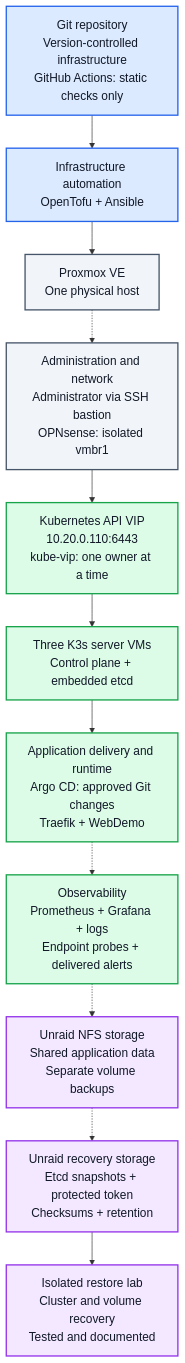
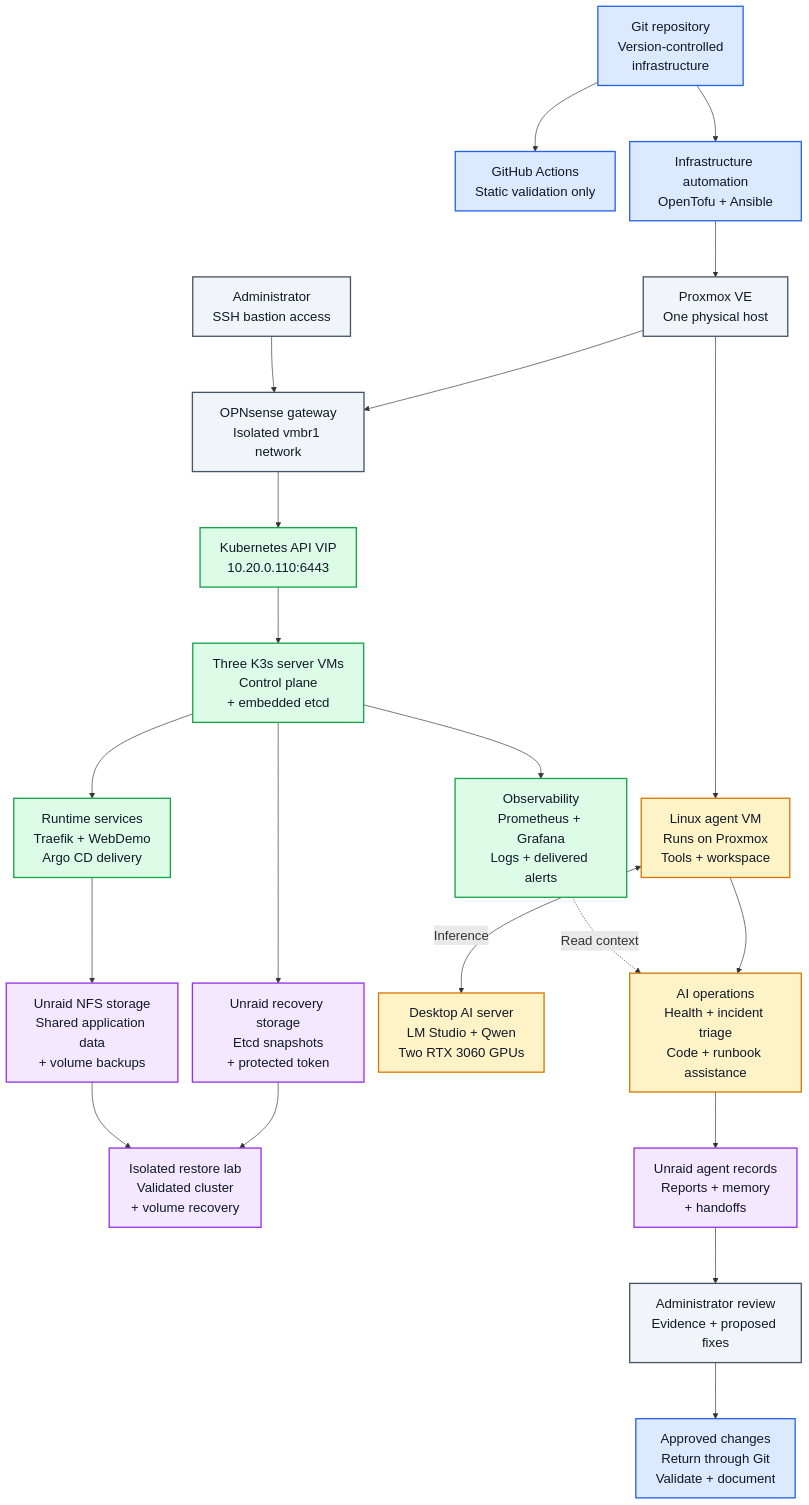
The third of 3 diagrams in README.md (Capasiter/homelab-portfolio), drawn with Mermaid before and after one commit. The commit also changed other lines of this file, not shown here.

Commit message:
docs: restore connected architecture layout with taller spacing (#40)

````diff
--- a/README.md
+++ b/README.md
@@ -231,34 +227,56 @@
 ```mermaid
+%%{init: {"flowchart": {"nodeSpacing": 22, "rankSpacing": 85, "curve": "basis"}, "themeVariables": {"fontSize": "20px"}}}%%
 flowchart TD
-    Git["Git repository<br/>Version-controlled infrastructure<br/>GitHub Actions: static checks only"]
+    Git["Git repository<br/>Version-controlled<br/>infrastructure"]
+    CI["GitHub Actions<br/>Static validation only"]
     Automation["Infrastructure automation<br/>OpenTofu + Ansible"]
     Proxmox["Proxmox VE<br/>One physical host"]
-    Access["Administration and network<br/>Administrator via SSH bastion<br/>OPNsense: isolated vmbr1"]
-    API["Kubernetes API VIP<br/>10.20.0.110:6443<br/>kube-vip: one owner at a time"]
-    Cluster["Three K3s server VMs<br/>Control plane + embedded etcd"]
-    Runtime["Application delivery and runtime<br/>Argo CD: approved Git changes<br/>Traefik + WebDemo"]
-    Observe["Observability<br/>Prometheus + Grafana + logs<br/>Endpoint probes + delivered alerts"]
-    Storage["Unraid NFS storage<br/>Shared application data<br/>Separate volume backups"]
-    Backup["Unraid recovery storage<br/>Etcd snapshots + protected token<br/>Checksums + retention"]
-    Restore["Isolated restore lab<br/>Cluster and volume recovery<br/>Tested and documented"]
+    Admin["Administrator<br/>SSH bastion access"]
+    Gateway["OPNsense gateway<br/>Isolated vmbr1 network"]
+    VIP["Kubernetes API VIP<br/>10.20.0.110:6443"]
+    Cluster["Three K3s server VMs<br/>Control plane<br/>+ embedded etcd"]
+    Services["Runtime services<br/>Traefik + WebDemo<br/>Argo CD delivery"]
+    Observe["Observability<br/>Prometheus + Grafana<br/>Logs + delivered alerts"]
+    Storage["Unraid NFS storage<br/>Shared application data<br/>+ volume backups"]
+    Backup["Unraid recovery storage<br/>Etcd snapshots<br/>+ protected token"]
+    Restore["Isolated restore lab<br/>Validated cluster<br/>+ volume recovery"]
+    Agent["Linux agent VM<br/>Runs on Proxmox<br/>Tools + workspace"]
+    Model["Desktop AI server<br/>LM Studio + Qwen<br/>Two RTX 3060 GPUs"]
+    Roles["AI operations<br/>Health + incident triage<br/>Code + runbook assistance"]
+    Reports["Unraid agent records<br/>Reports + memory<br/>+ handoffs"]
+    Review["Administrator review<br/>Evidence + proposed fixes"]
+    Approved["Approved changes<br/>Return through Git<br/>Validate + document"]
 
+    Git --> CI
     Git --> Automation
     Automation --> Proxmox
-    Proxmox -.-> Access
-    Access --> API
-    API --> Cluster
-    Cluster --> Runtime
-    Runtime -.-> Observe
-    Observe -.-> Storage
-    Storage -.-> Backup
+    Admin --> Gateway
+    Proxmox --> Gateway
+    Gateway --> VIP
+    VIP --> Cluster
+    Cluster --> Services
+    Cluster --> Observe
+    Services --> Storage
+    Cluster --> Backup
+    Storage --> Restore
     Backup --> Restore
+    Proxmox ----> Agent
+    Agent <-->|Inference| Model
+    Observe -.->|Read context| Roles
+    Agent --> Roles
+    Roles --> Reports
+    Reports --> Review
+    Review --> Approved
 
-    classDef delivery fill:#DBEAFE,stroke:#2563EB,color:#111827,stroke-width:2px,font-size:18px
-    classDef boundary fill:#F1F5F9,stroke:#475569,color:#111827,stroke-width:2px,font-size:18px
-    classDef runtime fill:#DCFCE7,stroke:#16A34A,color:#111827,stroke-width:2px,font-size:18px
-    classDef recovery fill:#F3E8FF,stroke:#9333EA,color:#111827,stroke-width:2px,font-size:18px
-    class Git,Automation delivery
-    class Proxmox,Access boundary
-    class API,Cluster,Runtime,Observe runtime
-    class Storage,Backup,Restore recovery
+    classDef delivery fill:#DBEAFE,stroke:#2563EB,color:#111827,stroke-width:2px,font-size:20px
+    classDef boundary fill:#F1F5F9,stroke:#475569,color:#111827,stroke-width:2px,font-size:20px
+    classDef runtime fill:#DCFCE7,stroke:#16A34A,color:#111827,stroke-width:2px,font-size:20px
+    classDef recovery fill:#F3E8FF,stroke:#9333EA,color:#111827,stroke-width:2px,font-size:20px
+    classDef ai fill:#FEF3C7,stroke:#D97706,color:#111827,stroke-width:2px,font-size:20px
+
+    class Git,CI,Automation,Approved delivery
+    class Proxmox,Admin,Gateway,Review boundary
+    class VIP,Cluster,Services,Observe runtime
+    class Storage,Backup,Restore,Reports recovery
+    class Agent,Model,Roles ai
 ```
````
